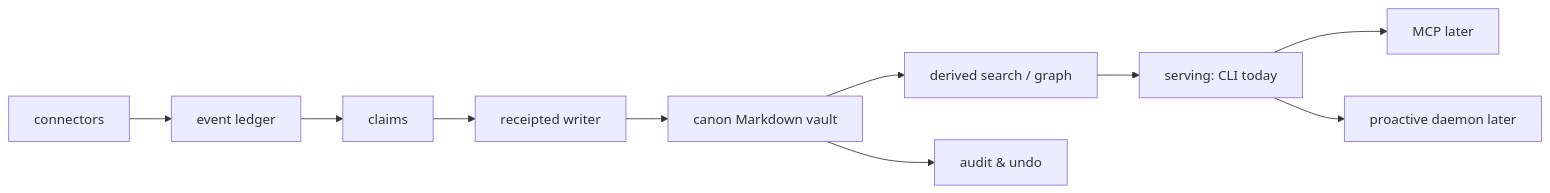
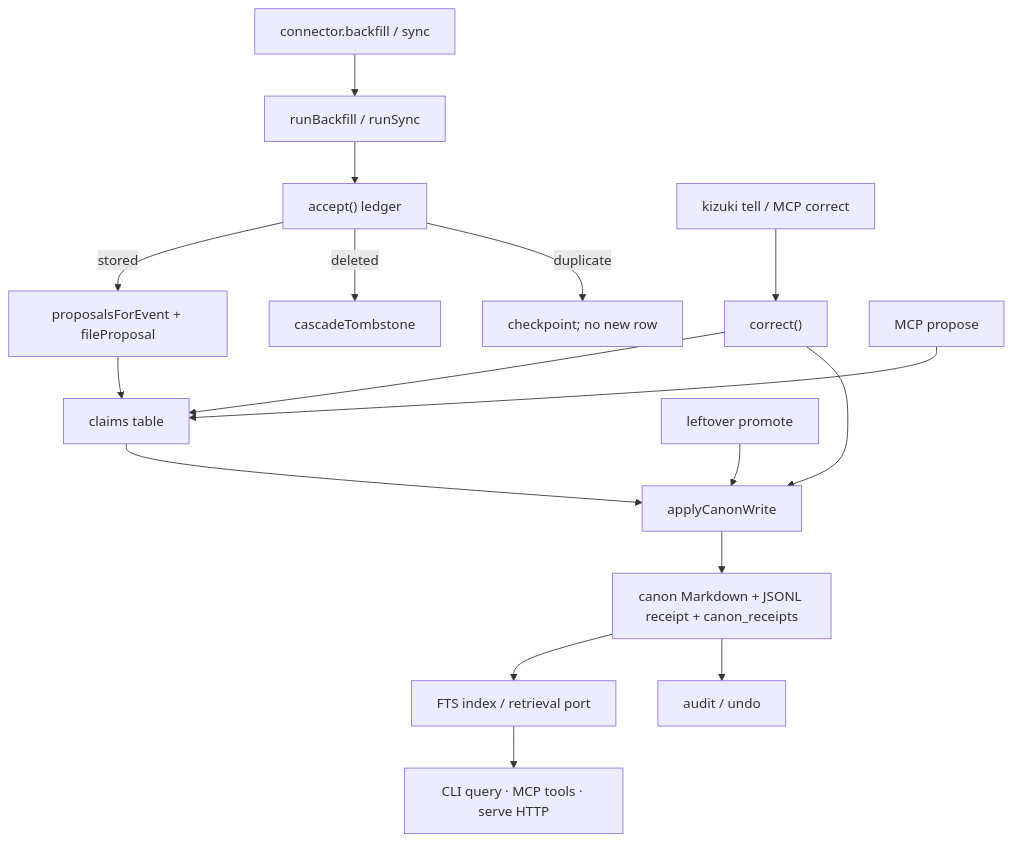
One commit to Illuminfti/kizuki changed the diagram in README.md. Above: the diagram before and after it, drawn with Mermaid. The commit also changed other lines of this file and 2 other files, not shown here.

````diff
--- a/README.md
+++ b/README.md
@@ -33,12 +60,19 @@
 ```mermaid
-flowchart LR
-  connectors --> ledger["event ledger"]
-  ledger --> claims["claims"]
-  claims --> writer["receipted writer"]
-  writer --> canon["canon Markdown vault"]
-  canon --> derived["derived search / graph"]
-  canon --> audit["audit & undo"]
-  derived --> serving["serving: CLI today"]
-  serving --> mcp["MCP later"]
-  serving --> daemon["proactive daemon later"]
+flowchart TD
+  src["connector.backfill / sync"] --> ingest["runBackfill / runSync"]
+  ingest --> accept["accept() ledger"]
+  accept -->|stored| propose["proposalsForEvent + fileProposal"]
+  accept -->|deleted| tomb["cascadeTombstone"]
+  accept -->|duplicate| stop["checkpoint; no new row"]
+  propose --> claims["claims table"]
+  tell["kizuki tell / MCP correct"] --> correct["correct()"]
+  mcpPropose["MCP propose"] --> claims
+  leftover["leftover promote"] --> writer
+  correct --> claims
+  correct --> writer["applyCanonWrite"]
+  claims --> writer
+  writer --> page["canon Markdown + JSONL receipt + canon_receipts"]
+  page --> derived["FTS index / retrieval port"]
+  derived --> serve["CLI query · MCP tools · serve HTTP"]
+  page --> audit["audit / undo"]
 ```
````
